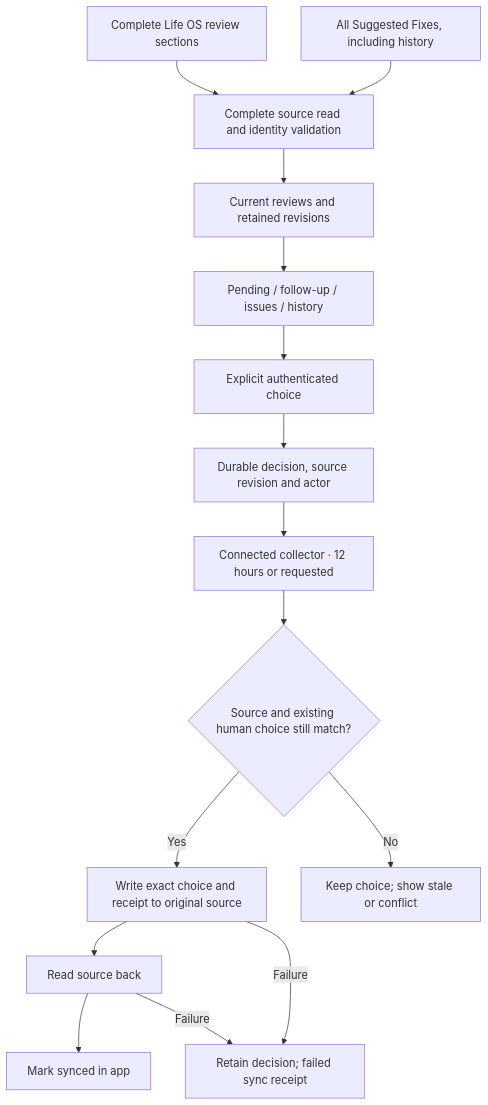
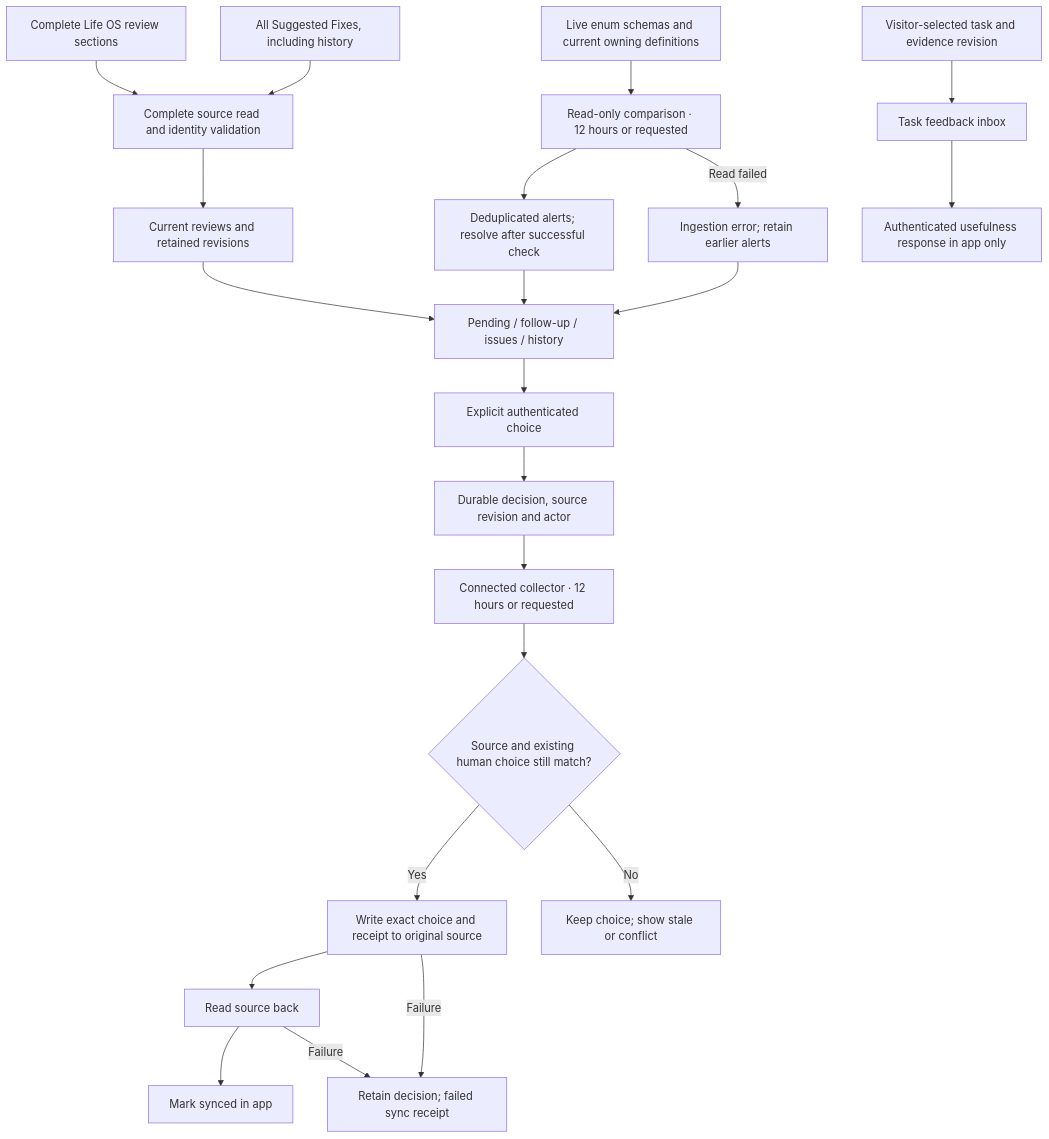
The third of 7 diagrams in docs/dashboard-dataflows.md (olilifts88/meridian-labs), drawn with Mermaid before and after one commit. The commit also changed other lines of this file and 1 other file, not shown here.

Commit message:
Document dashboard label alerts and task usefulness feedback (#5)

````diff
--- a/docs/dashboard-dataflows.md
+++ b/docs/dashboard-dataflows.md
@@ -41,13 +42,16 @@
 ```mermaid
 flowchart TD
  A["Complete Life OS review sections"] --> C["Complete source read and identity validation"]
  B["All Suggested Fixes, including history"] --> C
  C --> R["Current reviews and retained revisions"] --> I["Pending / follow-up / issues / history"]
+ L["Live enum schemas and current owning definitions"] --> A1["Read-only comparison · 12 hours or requested"] --> A2["Deduplicated alerts; resolve after successful check"] --> I
+ A1 -->|"Read failed"| A3["Ingestion error; retain earlier alerts"] --> I
+ F1["Visitor-selected task and evidence revision"] --> F2["Task feedback inbox"] --> F3["Authenticated usefulness response in app only"]
  I --> H["Explicit authenticated choice"] --> D["Durable decision, source revision and actor"]
  D --> P["Connected collector · 12 hours or requested"]
  P --> X{"Source and existing human choice still match?"}
  X -->|Yes| W["Write exact choice and receipt to original source"] --> V["Read source back"] --> S["Mark synced in app"]
  X -->|No| G["Keep choice; show stale or conflict"]
  W -->|Failure| E["Retain decision; failed sync receipt"]
  V -->|Failure| E
 ```
````
